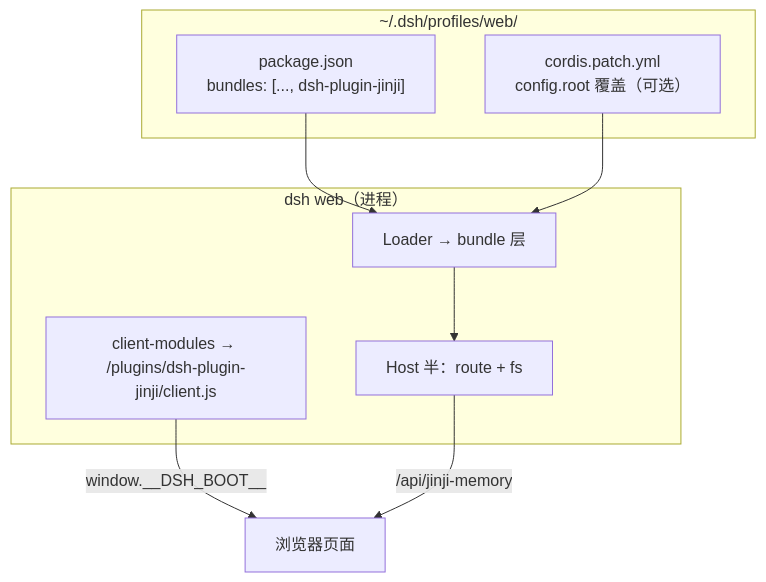
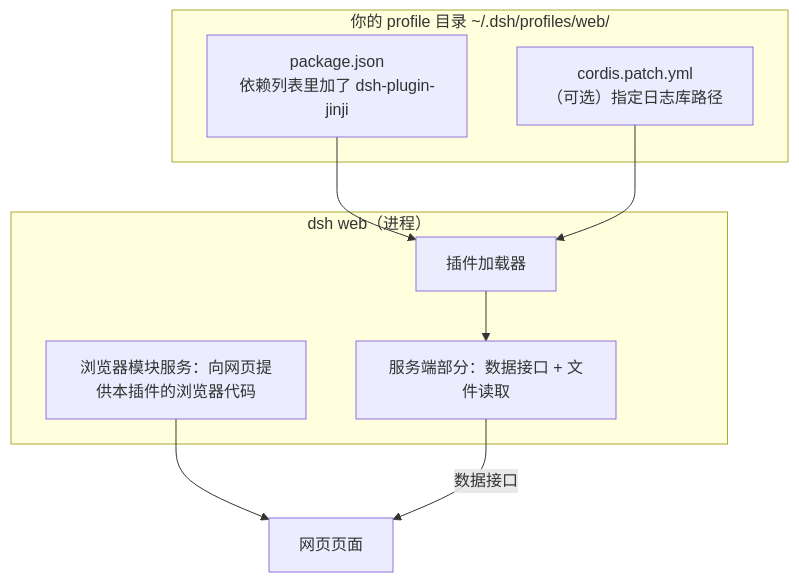
The second of 2 diagrams in docs/architecture.md (quan2005/dsh-plugin-jinji), drawn with Mermaid before and after one commit. The commit also changed other lines of this file and 9 other files, not shown here.

````diff
--- a/docs/architecture.md
+++ b/docs/architecture.md
@@ -91,17 +93,17 @@
 ```mermaid
 flowchart TB
-    subgraph Profile["~/.dsh/profiles/web/"]
-        PKG["package.json<br/>bundles: [..., dsh-plugin-jinji]"]
-        PATCH["cordis.patch.yml<br/>config.root 覆盖（可选）"]
+    subgraph Profile["你的 profile 目录 ~/.dsh/profiles/web/"]
+        PKG["package.json<br/>依赖列表里加了 dsh-plugin-jinji"]
+        PATCH["cordis.patch.yml<br/>（可选）指定日志库路径"]
     end
     subgraph DSH["dsh web（进程）"]
-        LOADER["Loader → bundle 层"]
-        HOST["Host 半：route + fs"]
-        MODULES["client-modules → /plugins/dsh-plugin-jinji/client.js"]
+        LOADER["插件加载器"]
+        HOST["服务端部分：数据接口 + 文件读取"]
+        MODULES["浏览器模块服务：向网页提供本插件的浏览器代码"]
     end
     PKG --> LOADER
     PATCH --> LOADER
     LOADER --> HOST
-    MODULES -->|window.__DSH_BOOT__| BROWSER["浏览器页面"]
-    HOST -->|"/api/jinji-memory"| BROWSER
+    MODULES --> BROWSER["网页页面"]
+    HOST -->|数据接口| BROWSER
 ```
````
